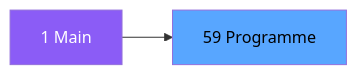
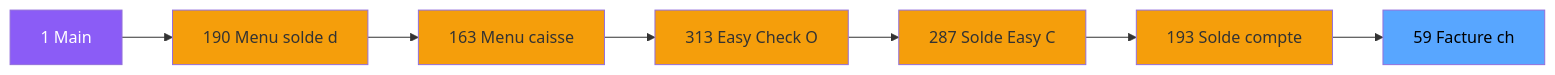
One commit to thonyAGP/magic-migration changed the second of 3 diagrams in .openspec/specs/ADH-IDE-59.md. Above: the diagram before and after it, drawn with Mermaid. The commit also changed other lines of this file and 323 other files, not shown here.

````diff
--- a/.openspec/specs/ADH-IDE-59.md
+++ b/.openspec/specs/ADH-IDE-59.md
@@ -99,8 +125,23 @@
 ```mermaid
 graph LR
     M[1 Main]
-    T[59 Programme]
-    M --> T
+    N190[190 Menu solde d]
+    N163[163 Menu caisse ]
+    N313[313 Easy Check O]
+    N287[287 Solde Easy C]
+    N193[193 Solde compte]
+    T[59 Facture   ch]
+    M --> N190
+    N190 --> N163
+    N163 --> N313
+    N313 --> N287
+    N287 --> N193
+    N193 --> T
     style M fill:#8b5cf6,color:#fff
+    style N190 fill:#f59e0b
+    style N163 fill:#f59e0b
+    style N313 fill:#f59e0b
+    style N287 fill:#f59e0b
+    style N193 fill:#f59e0b
     style T fill:#58a6ff,color:#000
 ```
````
